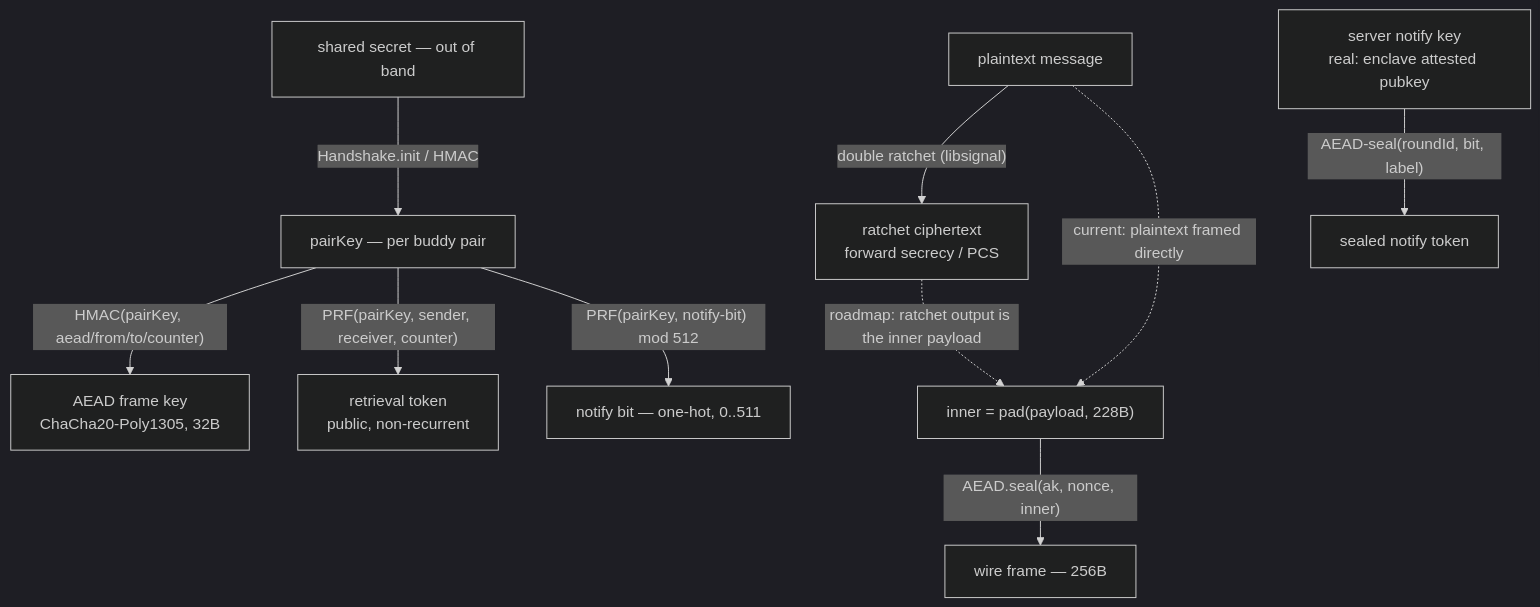
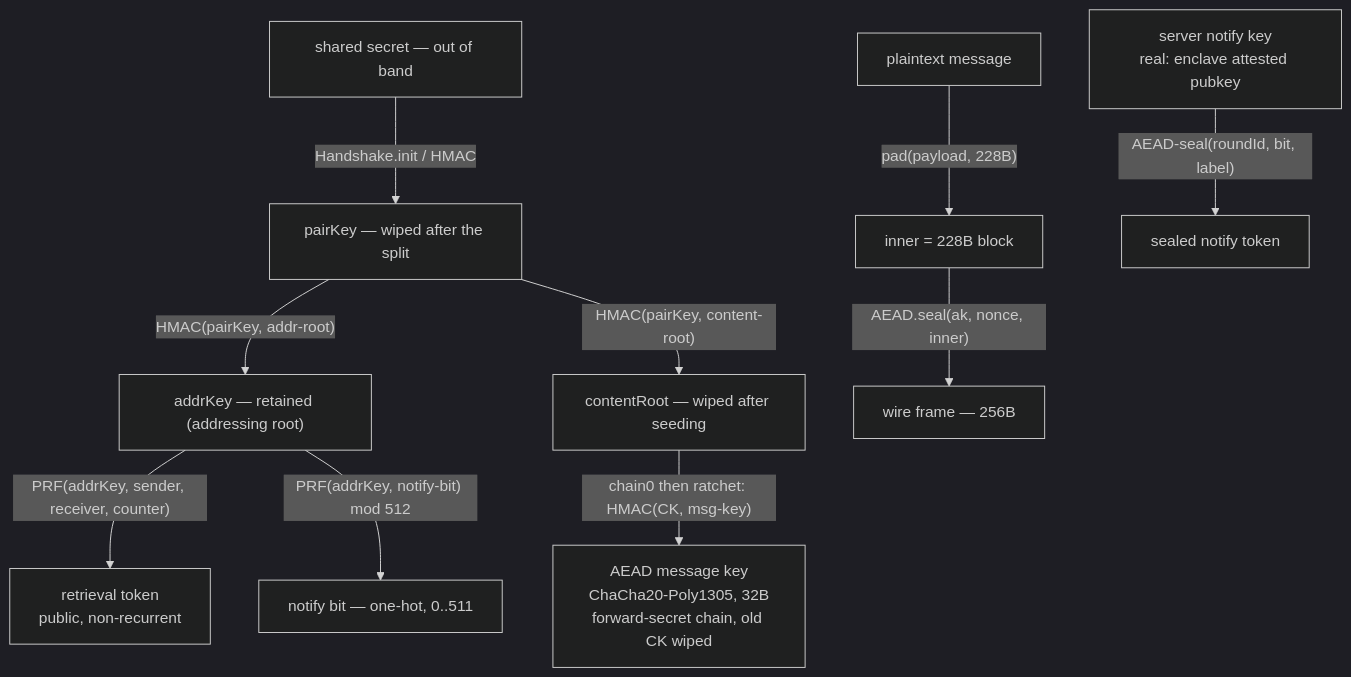
Before and after one commit to oluies/Deppis: the seventh of 9 diagrams in ARCHITECTURE.md, drawn with Mermaid (dark theme). The commit also changed other lines of this file and 9 other files, not shown here.

First line of the commit message:
feat(engine): forward-secret symmetric ratchet in the message path (#44)

````diff
--- a/ARCHITECTURE.md
+++ b/ARCHITECTURE.md
@@ -218,14 +222,14 @@
 ```mermaid
 flowchart TB
-    secret["shared secret — out of band"] -->|"Handshake.init / HMAC"| pk["pairKey — per buddy pair"]
-    pk -->|"HMAC(pairKey, aead/from/to/counter)"| ak["AEAD frame key<br/>ChaCha20-Poly1305, 32B"]
-    pk -->|"PRF(pairKey, sender, receiver, counter)"| tok["retrieval token<br/>public, non-recurrent"]
-    pk -->|"PRF(pairKey, notify-bit) mod 512"| bit["notify bit — one-hot, 0..511"]
+    secret["shared secret — out of band"] -->|"Handshake.init / HMAC"| pk["pairKey — wiped after the split"]
+    pk -->|"HMAC(pairKey, addr-root)"| addr["addrKey — retained (addressing root)"]
+    pk -->|"HMAC(pairKey, content-root)"| croot["contentRoot — wiped after seeding"]
+    addr -->|"PRF(addrKey, sender, receiver, counter)"| tok["retrieval token<br/>public, non-recurrent"]
+    addr -->|"PRF(addrKey, notify-bit) mod 512"| bit["notify bit — one-hot, 0..511"]
+    croot -->|"chain0 then ratchet: HMAC(CK, msg-key)"| ak["AEAD message key<br/>ChaCha20-Poly1305, 32B<br/>forward-secret chain, old CK wiped"]
 
-    content["plaintext message"] -->|"double ratchet (libsignal)"| ct["ratchet ciphertext<br/>forward secrecy / PCS"]
-    ct -.->|"roadmap: ratchet output is the inner payload"| inner["inner = pad(payload, 228B)"]
-    content -.->|"current: plaintext framed directly"| inner
+    content["plaintext message"] -->|"pad(payload, 228B)"| inner["inner = 228B block"]
     inner -->|"AEAD.seal(ak, nonce, inner)"| wire["wire frame — 256B"]
 
     nkey["server notify key<br/>real: enclave attested pubkey"] -->|"AEAD-seal(roundId, bit, label)"| ntok["sealed notify token"]
 ```
````
